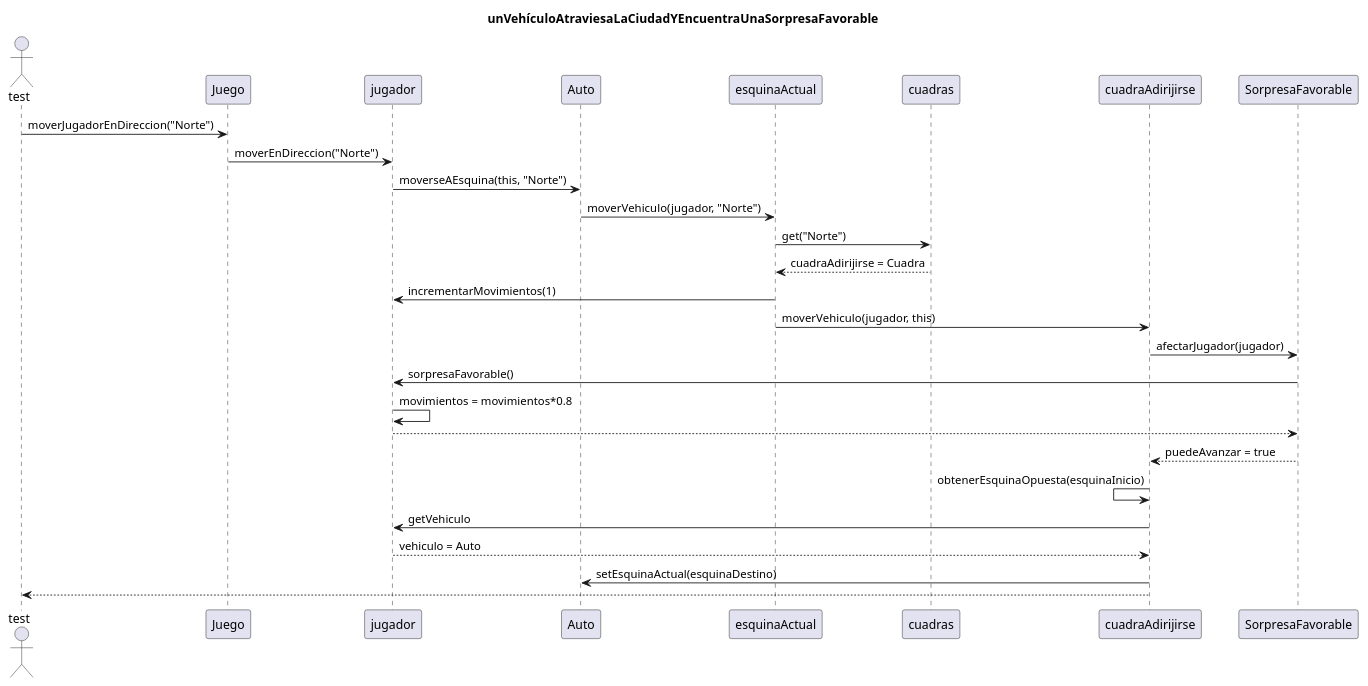
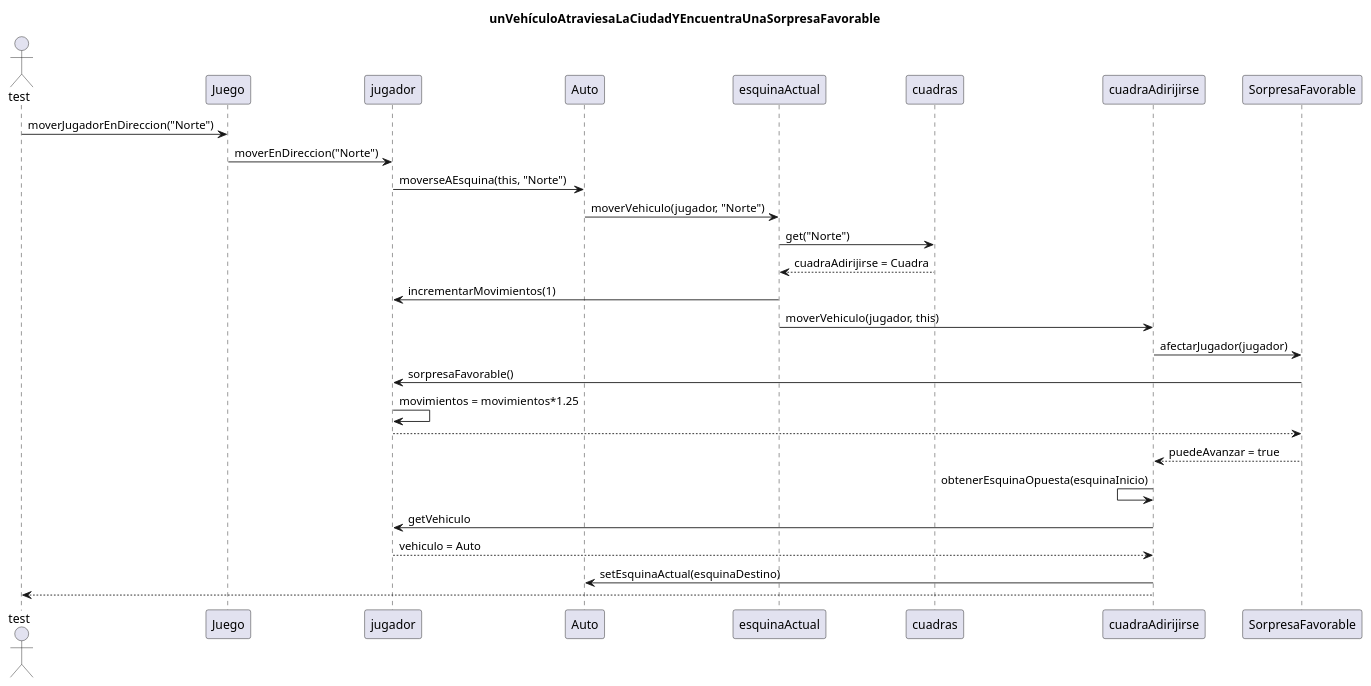
The diagram in diagrams/sequences/entrega02/CasoDeUso01.plantuml (TP2Algo3FIUBA/tp2), drawn with PlantUML before and after one commit. The commit also changed 1 other file, not shown here.

Commit message:
Diagrama de secuencia caso de uso 2 semana 2

```diff
--- a/diagrams/sequences/entrega02/CasoDeUso01.plantuml
+++ b/diagrams/sequences/entrega02/CasoDeUso01.plantuml
@@ -1,26 +1,26 @@
 @startuml
 
 title: unVehículoAtraviesaLaCiudadYEncuentraUnaSorpresaFavorable
 
 
 Actor test
 test -> Juego : moverJugadorEnDireccion("Norte")
 Juego -> jugador : moverEnDireccion("Norte")
 jugador -> Auto : moverseAEsquina(this, "Norte")
 Auto -> esquinaActual : moverVehiculo(jugador, "Norte")
 esquinaActual -> cuadras : get("Norte")
 esquinaActual <-- cuadras : cuadraAdirijirse = Cuadra
 esquinaActual -> jugador : incrementarMovimientos(1)
 esquinaActual -> cuadraAdirijirse : moverVehiculo(jugador, this)
 cuadraAdirijirse -> SorpresaFavorable : afectarJugador(jugador)
 SorpresaFavorable -> jugador : sorpresaFavorable()
-jugador -> jugador : movimientos = movimientos*0.8
+jugador -> jugador : movimientos = movimientos*1.25
 SorpresaFavorable <-- jugador
 cuadraAdirijirse <-- SorpresaFavorable : puedeAvanzar = true
 cuadraAdirijirse <- cuadraAdirijirse : obtenerEsquinaOpuesta(esquinaInicio)
 cuadraAdirijirse -> jugador : getVehiculo
 cuadraAdirijirse <-- jugador : vehiculo = Auto
 cuadraAdirijirse -> Auto : setEsquinaActual(esquinaDestino)
 test <-- cuadraAdirijirse
 
 @enduml
```
